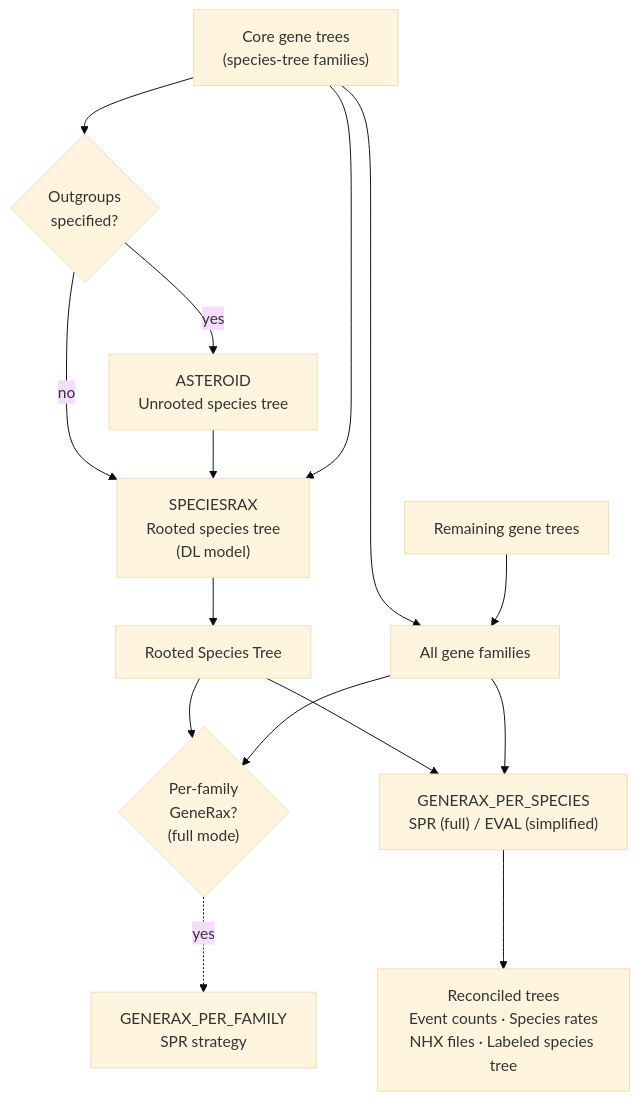
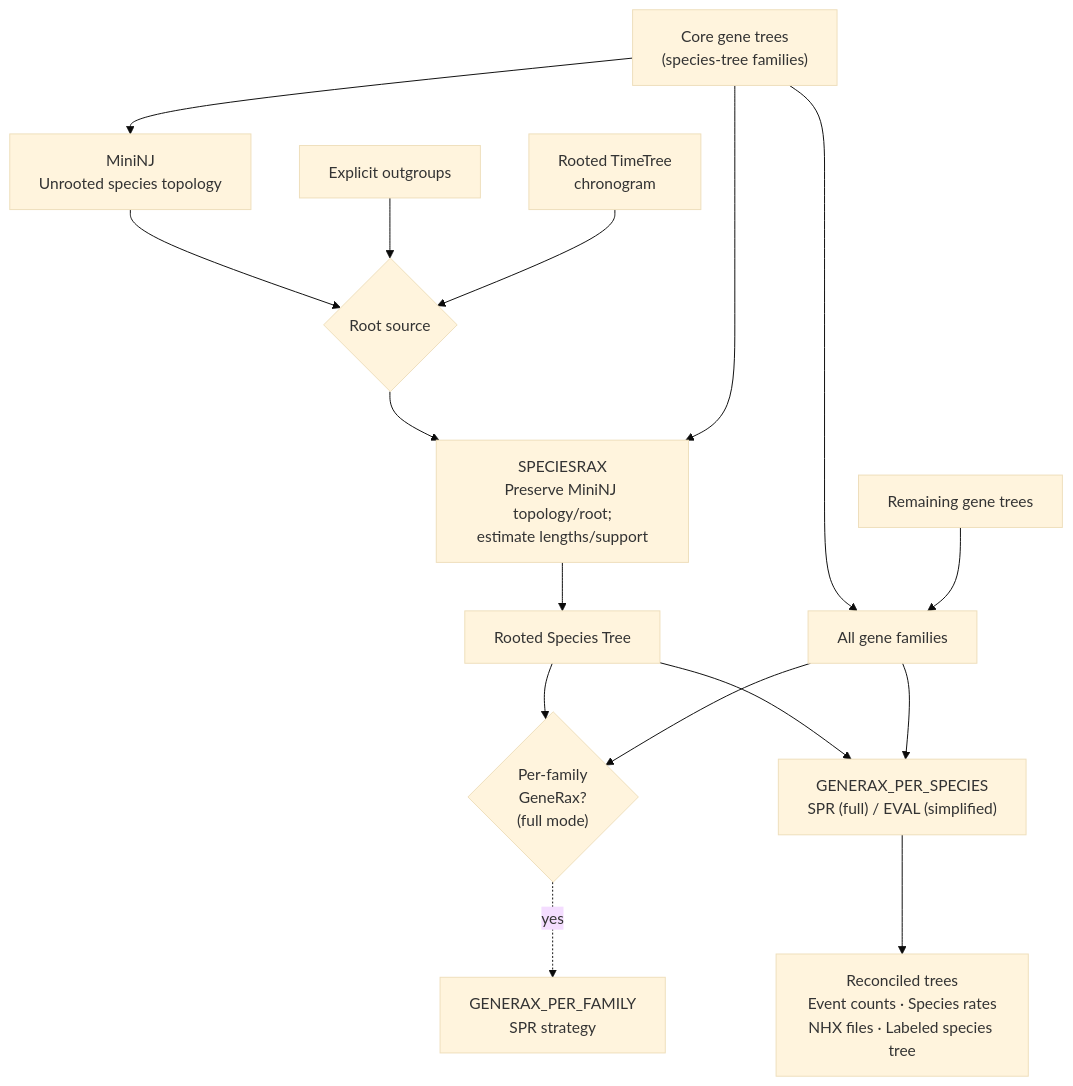
The fifth of 6 diagrams in README.md (Arcadia-Science/noveltree), drawn with Mermaid (base theme) before and after one commit. The commit also changed 15 other files, not shown here.

Commit message:
Root MiniNJ species trees from references

````diff
--- a/README.md
+++ b/README.md
@@ -330,22 +330,23 @@
 ```mermaid
 flowchart TD
-    CORE["Core gene trees<br/>(species-tree families)"] --> OGQ{"Outgroups<br/>specified?"}
-    OGQ -->|yes| AST["ASTEROID<br/>Unrooted species tree"]
-    OGQ -->|no| SRAX
-    AST --> SRAX["SPECIESRAX<br/>Rooted species tree<br/>(DL model)"]
+    CORE["Core gene trees<br/>(species-tree families)"] --> MINI["MiniNJ<br/>Unrooted species topology"]
+    MINI --> ROOT{"Root source"}
+    OUTGROUP["Explicit outgroups"] --> ROOT
+    TIMETREE["Rooted TimeTree<br/>chronogram"] --> ROOT
+    ROOT --> SRAX["SPECIESRAX<br/>Preserve MiniNJ topology/root;<br/>estimate lengths/support"]
     CORE --> SRAX
 
     SRAX --> SPP["Rooted Species Tree"]
 
     CORE --> ALL["All gene families"]
     REM["Remaining gene trees"] --> ALL
 
     SPP --> GRAX_F
     ALL --> GRAX_F{"Per-family<br/>GeneRax?<br/>(full mode)"}
     GRAX_F -.->|yes| PF["GENERAX_PER_FAMILY<br/>SPR strategy"]
 
     SPP --> GRAX_S["GENERAX_PER_SPECIES<br/>SPR (full) / EVAL (simplified)"]
     ALL --> GRAX_S
 
     GRAX_S --> OUT["Reconciled trees<br/>Event counts · Species rates<br/>NHX files · Labeled species tree"]
 ```
````
